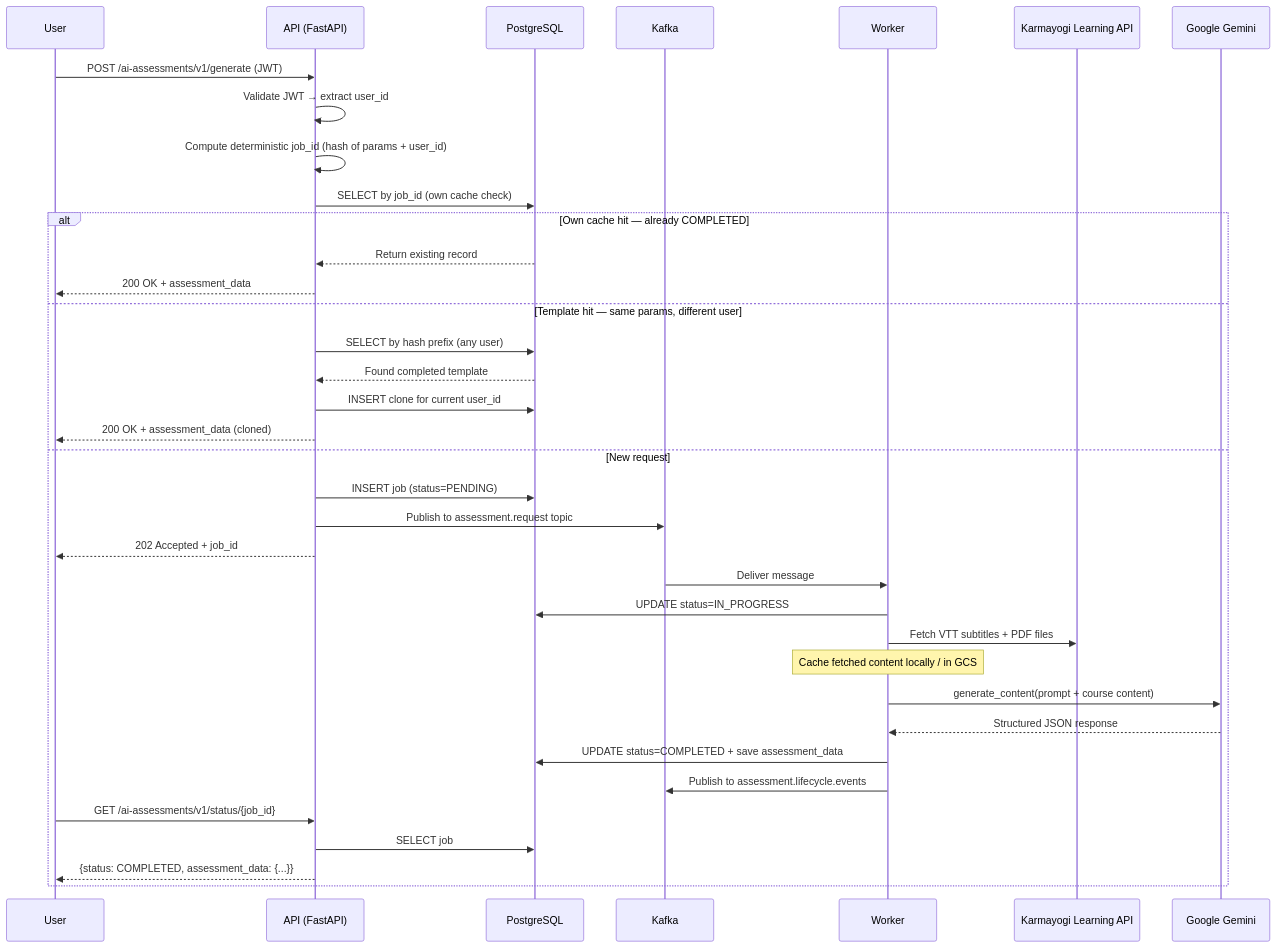
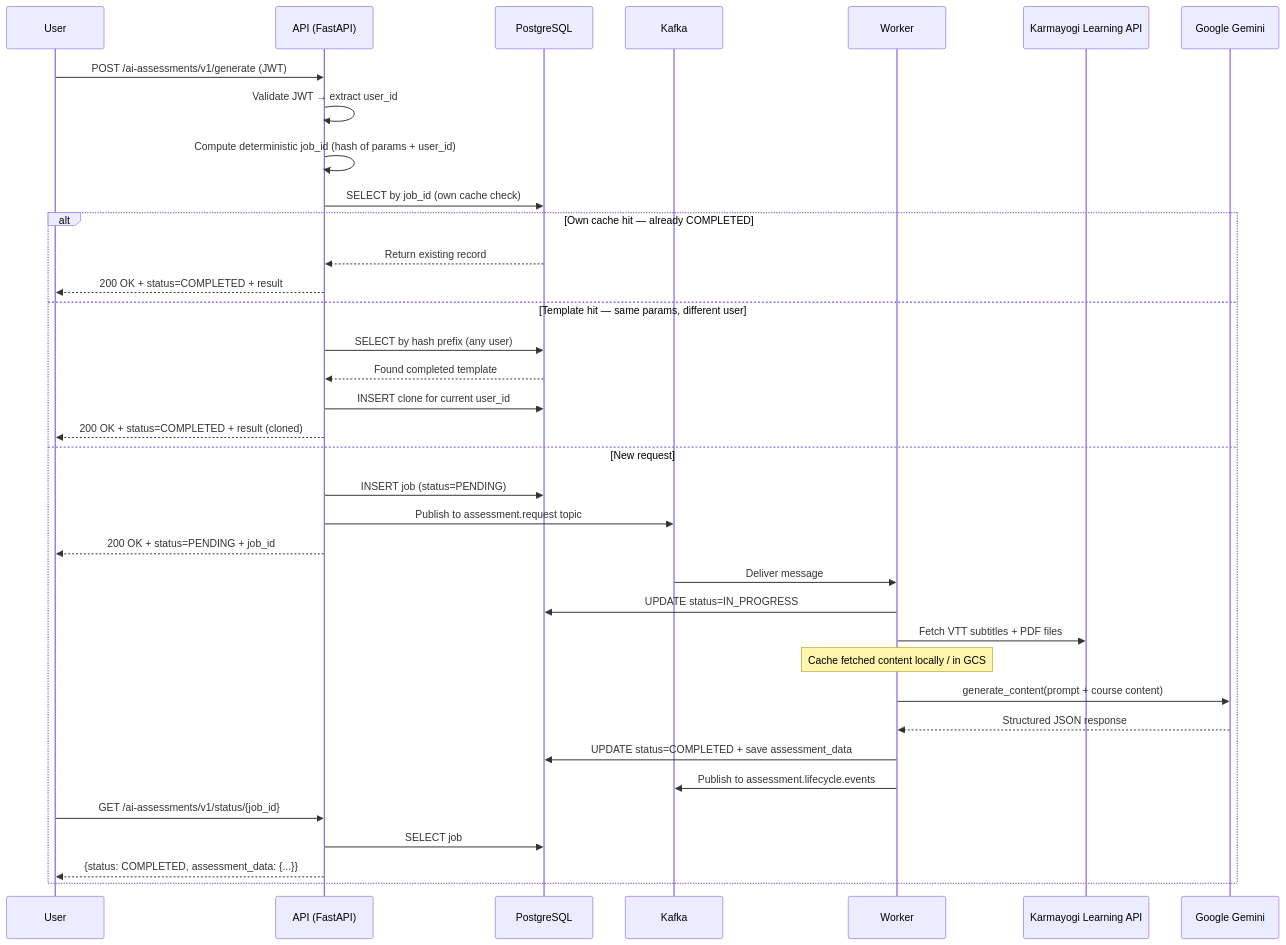
One commit to RithikaTarento/ai-assessment-service changed the second of 2 diagrams in architecture.md. Above: the diagram before and after it, drawn with Mermaid. The commit also changed other lines of this file and 1 other file, not shown here.

Commit message:
updated readme and architecture files

````diff
--- a/architecture.md
+++ b/architecture.md
@@ -42,42 +44,42 @@
 ```mermaid
 sequenceDiagram
     participant User
     participant API as API (FastAPI)
     participant DB as PostgreSQL
     participant Kafka
     participant Worker
     participant LearningAPI as Karmayogi Learning API
     participant Gemini as Google Gemini
 
     User->>API: POST /ai-assessments/v1/generate (JWT)
     API->>API: Validate JWT → extract user_id
     API->>API: Compute deterministic job_id (hash of params + user_id)
 
     API->>DB: SELECT by job_id (own cache check)
     alt Own cache hit — already COMPLETED
         DB-->>API: Return existing record
-        API-->>User: 200 OK + assessment_data
+        API-->>User: 200 OK + status=COMPLETED + result
     else Template hit — same params, different user
         API->>DB: SELECT by hash prefix (any user)
         DB-->>API: Found completed template
         API->>DB: INSERT clone for current user_id
-        API-->>User: 200 OK + assessment_data (cloned)
+        API-->>User: 200 OK + status=COMPLETED + result (cloned)
     else New request
         API->>DB: INSERT job (status=PENDING)
         API->>Kafka: Publish to assessment.request topic
-        API-->>User: 202 Accepted + job_id
+        API-->>User: 200 OK + status=PENDING + job_id
 
         Kafka->>Worker: Deliver message
         Worker->>DB: UPDATE status=IN_PROGRESS
         Worker->>LearningAPI: Fetch VTT subtitles + PDF files
         Note over Worker: Cache fetched content locally / in GCS
         Worker->>Gemini: generate_content(prompt + course content)
         Gemini-->>Worker: Structured JSON response
         Worker->>DB: UPDATE status=COMPLETED + save assessment_data
         Worker->>Kafka: Publish to assessment.lifecycle.events
 
         User->>API: GET /ai-assessments/v1/status/{job_id}
         API->>DB: SELECT job
         API-->>User: {status: COMPLETED, assessment_data: {...}}
     end
 ```
````
